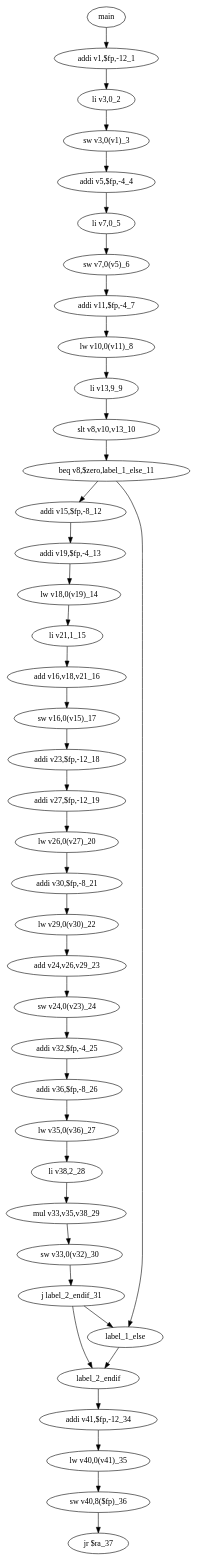
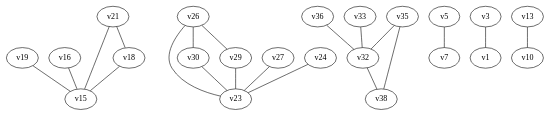
One commit to AidanGoldfarb/CtoMIPS changed the diagram in graph.dot. Above: the diagram before and after it, drawn with Graphviz. The commit also changed 8 other files, not shown here.

```diff
--- a/graph.dot
+++ b/graph.dot
@@ -1,5 +1,22 @@
-digraph {
-"main" -> "addi v1,$fp,-12_1" -> "li v3,0_2" -> "sw v3,0(v1)_3" -> "addi v5,$fp,-4_4" -> "li v7,0_5" -> "sw v7,0(v5)_6" -> "addi v11,$fp,-4_7" -> "lw v10,0(v11)_8" -> "li v13,9_9" -> "slt v8,v10,v13_10" -> "beq v8,$zero,label_1_else_11" -> "addi v15,$fp,-8_12" -> "addi v19,$fp,-4_13" -> "lw v18,0(v19)_14" -> "li v21,1_15" -> "add v16,v18,v21_16" -> "sw v16,0(v15)_17" -> "addi v23,$fp,-12_18" -> "addi v27,$fp,-12_19" -> "lw v26,0(v27)_20" -> "addi v30,$fp,-8_21" -> "lw v29,0(v30)_22" -> "add v24,v26,v29_23" -> "sw v24,0(v23)_24" -> "addi v32,$fp,-4_25" -> "addi v36,$fp,-8_26" -> "lw v35,0(v36)_27" -> "li v38,2_28" -> "mul v33,v35,v38_29" -> "sw v33,0(v32)_30" -> "j label_2_endif_31" -> "label_1_else" -> "label_2_endif" -> "addi v41,$fp,-12_34" -> "lw v40,0(v41)_35" -> "sw v40,8($fp)_36" -> "jr $ra_37"
-"beq v8,$zero,label_1_else_11" -> "label_1_else"
-"j label_2_endif_31" -> "label_2_endif"
+graph {
+"v19" -- "v15"
+"v26" -- "v23"
+"v16" -- "v15"
+"v27" -- "v23"
+"v21" -- "v15"
+"v32" -- "v38"
+"v18" -- "v15"
+"v35" -- "v32"
+"v35" -- "v38"
+"v21" -- "v18"
+"v30" -- "v23"
+"v24" -- "v23"
+"v5" -- "v7"
+"v26" -- "v30"
+"v3" -- "v1"
+"v36" -- "v32"
+"v33" -- "v32"
+"v26" -- "v29"
+"v29" -- "v23"
+"v13" -- "v10"
 }
```
